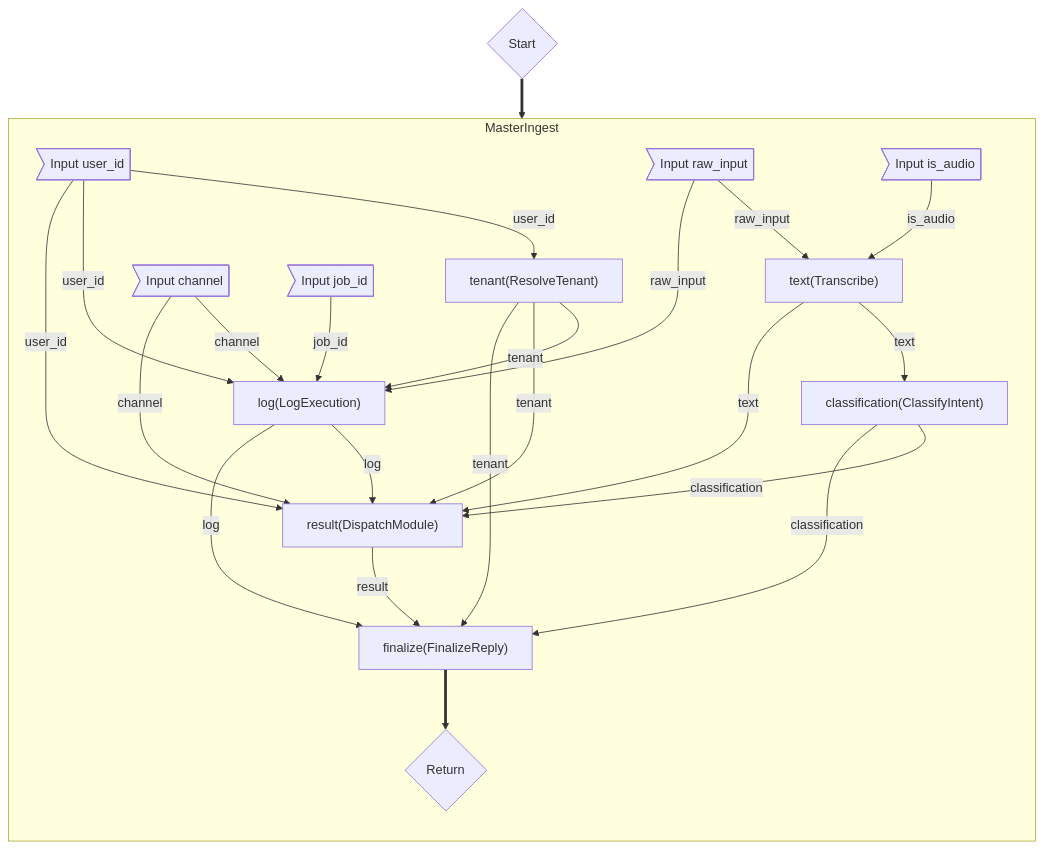
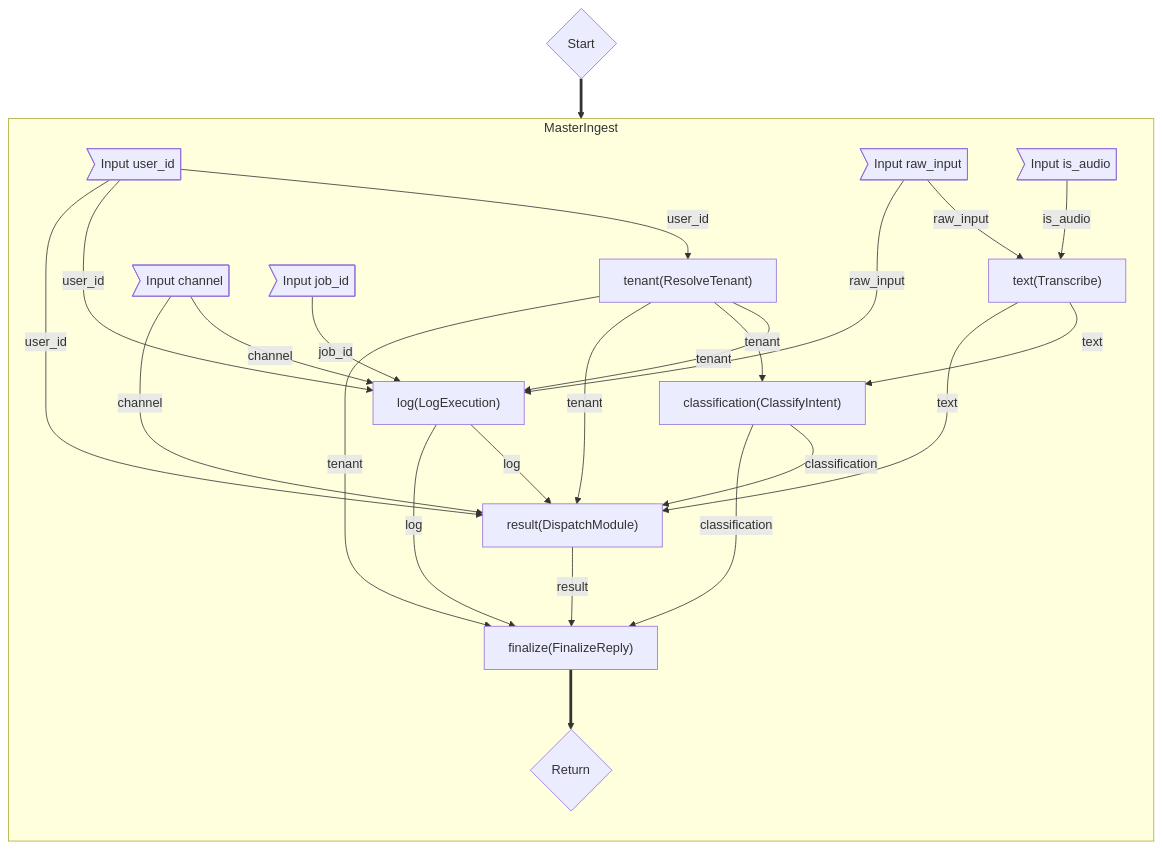
One commit to ndrean/reactor-crm_ex changed the second of 6 diagrams in README.md. Above: the diagram before and after it, drawn with Mermaid. The commit also changed other lines of this file and 24 other files, not shown here.

````diff
--- a/README.md
+++ b/README.md
@@ -46,40 +46,41 @@
 ```mermaid
 flowchart TB
     start{"Start"}
     start==>reactor_MasterIngest
     subgraph reactor_MasterIngest["MasterIngest"]
         direction TB
         input_user_id>"Input user_id"]
         input_raw_input>"Input raw_input"]
         input_is_audio>"Input is_audio"]
         input_channel>"Input channel"]
         input_job_id>"Input job_id"]
         input_user_id -->|user_id|step_tenant
         step_tenant["tenant(ResolveTenant)"]
         input_raw_input -->|raw_input|step_text
         input_is_audio -->|is_audio|step_text
         step_text["text(Transcribe)"]
         step_tenant -->|tenant|step_log
         input_raw_input -->|raw_input|step_log
         input_channel -->|channel|step_log
         input_user_id -->|user_id|step_log
         input_job_id -->|job_id|step_log
         step_log["log(LogExecution)"]
         step_text -->|text|step_classify
+        step_tenant -->|tenant|step_classify
         step_classify["classification(ClassifyIntent)"]
         step_classify -->|classification|step_result
         step_tenant -->|tenant|step_result
         input_channel -->|channel|step_result
         input_user_id -->|user_id|step_result
         step_log -->|log|step_result
         step_text -->|text|step_result
         step_result["result(DispatchModule)"]
         step_result -->|result|step_finalize
         step_log -->|log|step_finalize
         step_tenant -->|tenant|step_finalize
         step_classify -->|classification|step_finalize
         step_finalize["finalize(FinalizeReply)"]
         return_MasterIngest{"Return"}
         step_finalize==>return_MasterIngest
     end
 ```
````
